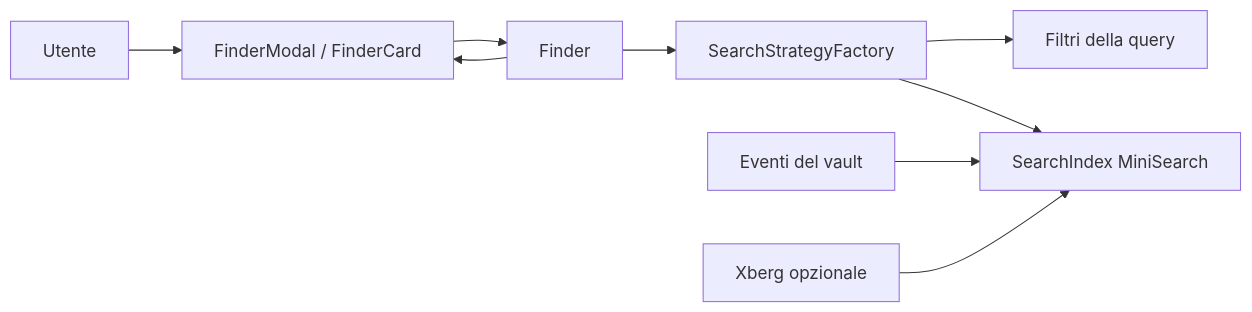
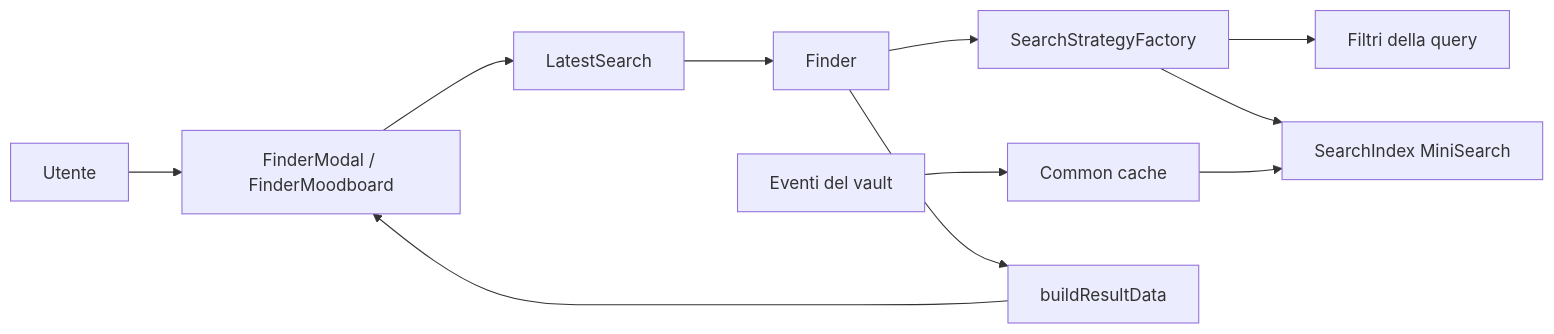
Before and after one commit to faienz93/obsidian-better-finder: the diagram in docs/INDEX.md, drawn with Mermaid. The commit also changed other lines of this file and 10 other files, not shown here.

First line of the commit message:
docs: regenerate project wiki after the result data work

````diff
--- a/docs/INDEX.md
+++ b/docs/INDEX.md
@@ -19,11 +19,13 @@
 ```mermaid
 flowchart LR
-    U[Utente] --> M[FinderModal / FinderCard]
-    M --> F[Finder]
+    U[Utente] --> V[FinderModal / FinderMoodboard]
+    V --> L[LatestSearch]
+    L --> F[Finder]
     F --> S[SearchStrategyFactory]
     S --> FI[Filtri della query]
     S --> I[SearchIndex MiniSearch]
-    V[Eventi del vault] --> I
-    X[Xberg opzionale] --> I
-    F --> M
+    E[Eventi del vault] --> C[Common cache]
+    C --> I
+    F --> R[buildResultData]
+    R --> V
 ```
````
